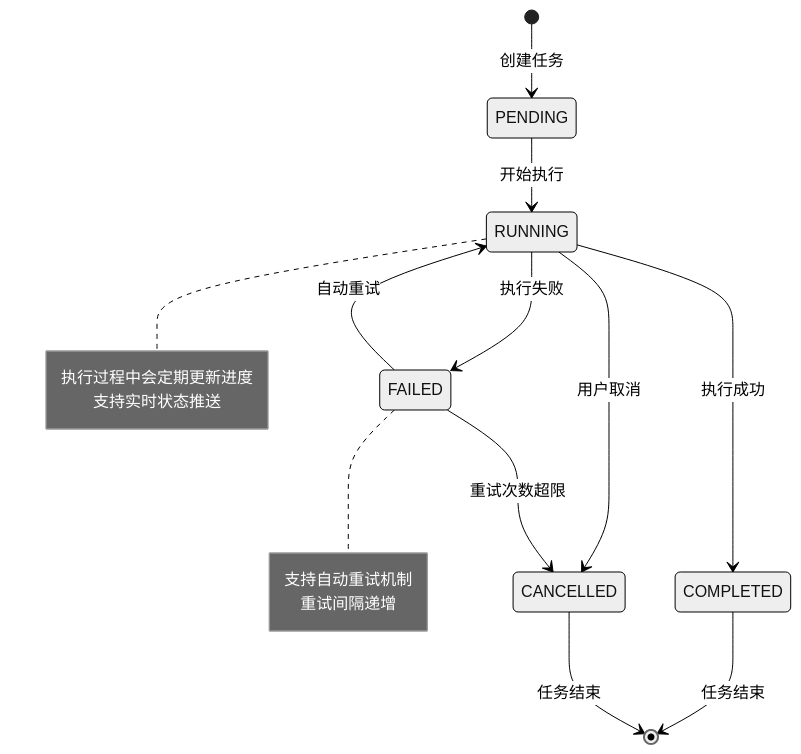
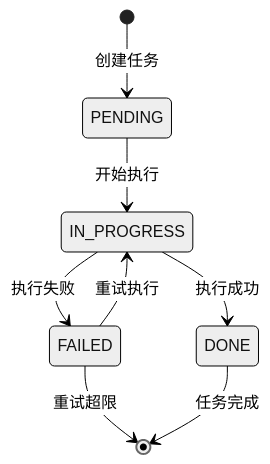
The third of 4 diagrams in agents/design/ARCHITECTURE.md (lighthought/app-maker), drawn with Mermaid (neutral theme) before and after one commit. The commit also changed other lines of this file and 18 other files, not shown here.

````diff
--- a/agents/design/ARCHITECTURE.md
+++ b/agents/design/ARCHITECTURE.md
@@ -775,25 +140,13 @@
 ```mermaid
 stateDiagram-v2
     [*] --> PENDING: 创建任务
     
-    PENDING --> RUNNING: 开始执行
-    RUNNING --> COMPLETED: 执行成功
-    RUNNING --> FAILED: 执行失败
-    RUNNING --> CANCELLED: 用户取消
+    PENDING --> IN_PROGRESS: 开始执行
+    IN_PROGRESS --> DONE: 执行成功
+    IN_PROGRESS --> FAILED: 执行失败
     
-    FAILED --> RUNNING: 自动重试
-    FAILED --> CANCELLED: 重试次数超限
+    FAILED --> IN_PROGRESS: 重试执行
+    FAILED --> [*]: 重试超限
     
-    COMPLETED --> [*]: 任务结束
-    CANCELLED --> [*]: 任务结束
-    
-    note right of RUNNING
-        执行过程中会定期更新进度
-        支持实时状态推送
-    end note
-    
-    note right of FAILED
-        支持自动重试机制
-        重试间隔递增
-    end note
+    DONE --> [*]: 任务完成
 ```
````
